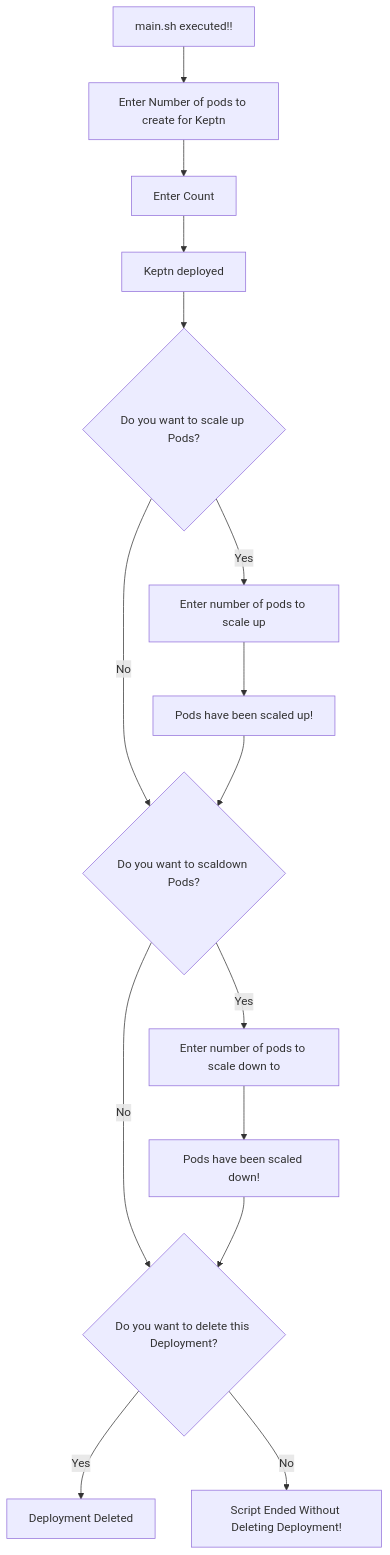
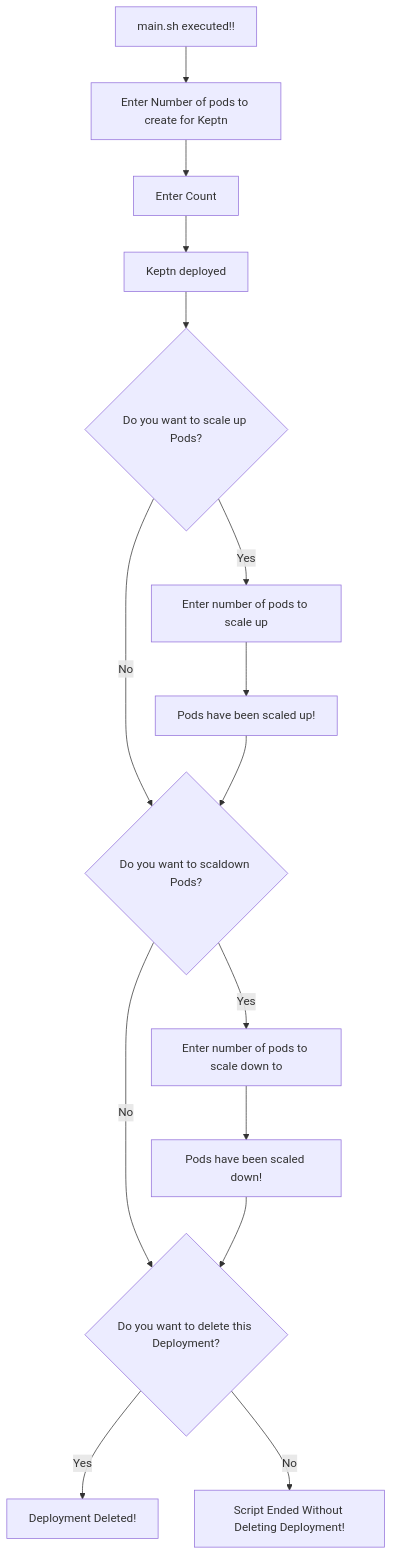
The diagram in README.md (NashTech-Labs/Deploy-Keptn-using-K8s), drawn with Mermaid before and after one commit. The commit also changed other lines of this file, not shown here.

````diff
--- a/README.md
+++ b/README.md
@@ -38,18 +38,18 @@
 ```mermaid
 flowchart TD
     A[main.sh executed!!];
     A --> B[Enter Number of pods to create for Keptn];
     B --> C[Enter Count];
     C --> D[Keptn deployed];
     D --> E{Do you want to scale up Pods?};
     E -- Yes --> F[Enter number of pods to scale up];
     F --> G[Pods have been scaled up!]
     E -- No --> H{Do you want to scaldown Pods?};
     G --> H{Do you want to scaldown Pods?};
     H -- Yes --> I[Enter number of pods to scale down to];
     I --> J[Pods have been scaled down!];
     H -- No --> K{Do you want to delete this Deployment?};
     J --> K{Do you want to delete this Deployment?};
-    K -- Yes --> L[Deployment Deleted];
+    K -- Yes --> L[Deployment Deleted!];
     K -- No --> Z[Script Ended Without Deleting Deployment!];
 ```
````
